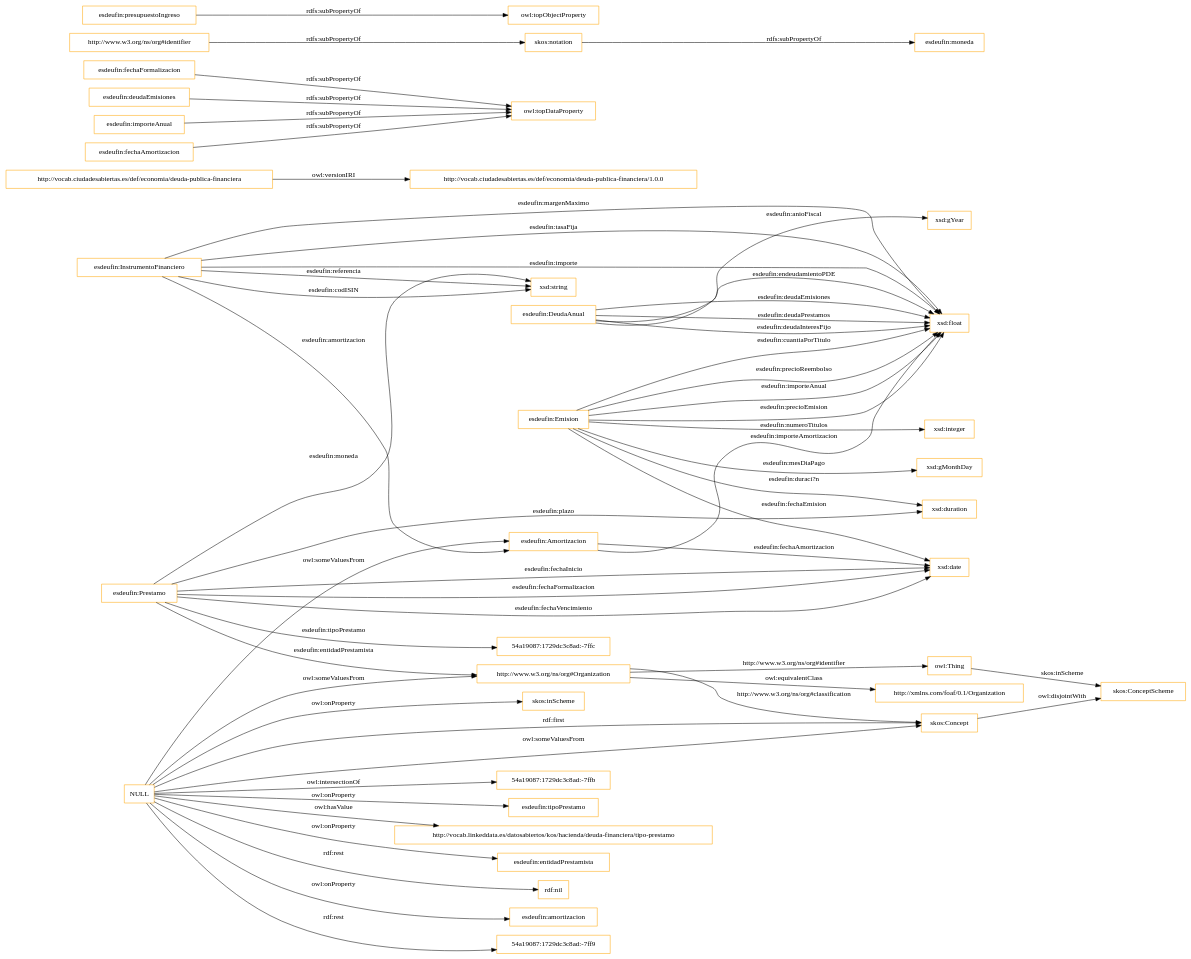
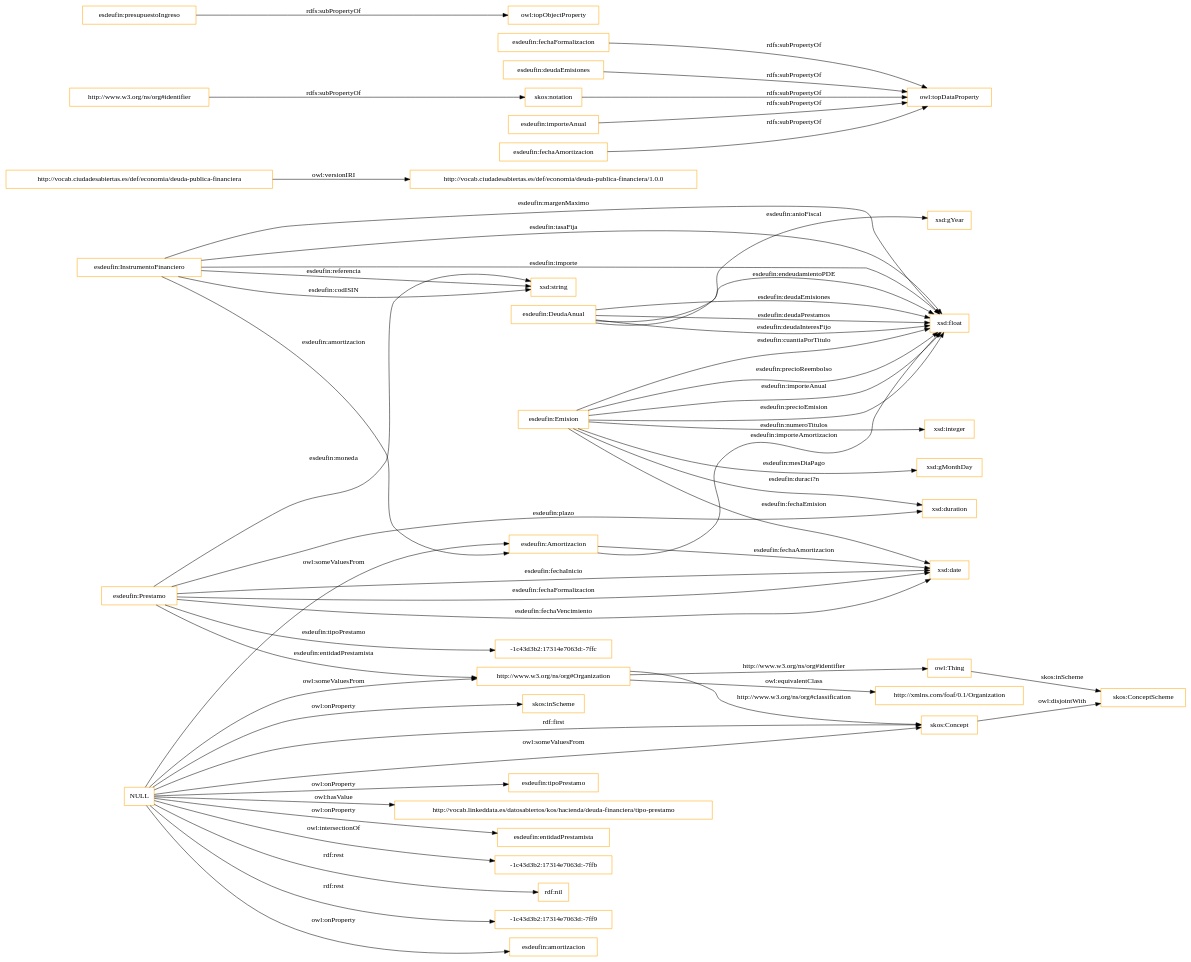
One commit to leticiarubalcabadg/vocab-economia-deuda-financiera changed the diagram in OnToology/ontology/deudaPublicaFinanciera.owl/diagrams/ar2dtool-class/deudaPublicaFinanciera.owl.png.dot. Above: the diagram before and after it, drawn with Graphviz. The commit also changed 13 other files, not shown here.

```diff
--- a/OnToology/ontology/deudaPublicaFinanciera.owl/diagrams/ar2dtool-class/deudaPublicaFinanciera.owl.png.dot
+++ b/OnToology/ontology/deudaPublicaFinanciera.owl/diagrams/ar2dtool-class/deudaPublicaFinanciera.owl.png.dot
@@ -1,59 +1,59 @@
 digraph ar2dtool_diagram { 
 rankdir=LR;
 size="1501"
-node [shape = rectangle, color="orange"]; "esdeufin:InstrumentoFinanciero" "esdeufin:DeudaAnual" "esdeufin:Emision" "esdeufin:Amortizacion" "skos:ConceptScheme" "esdeufin:Prestamo" "http://xmlns.com/foaf/0.1/Organization" "skos:Concept" "54a19087:1729dc3c8ad:-7ffc" "http://www.w3.org/ns/org#Organization" ; /*classes style*/
-	"NULL" -> "54a19087:1729dc3c8ad:-7ffb" [ label = "owl:intersectionOf" ];
+node [shape = rectangle, color="orange"]; "esdeufin:InstrumentoFinanciero" "esdeufin:DeudaAnual" "esdeufin:Emision" "esdeufin:Amortizacion" "-1c43d3b2:17314e7063d:-7ffc" "skos:ConceptScheme" "esdeufin:Prestamo" "http://xmlns.com/foaf/0.1/Organization" "skos:Concept" "http://www.w3.org/ns/org#Organization" ; /*classes style*/
 	"NULL" -> "esdeufin:tipoPrestamo" [ label = "owl:onProperty" ];
 	"NULL" -> "http://vocab.linkeddata.es/datosabiertos/kos/hacienda/deuda-financiera/tipo-prestamo" [ label = "owl:hasValue" ];
 	"NULL" -> "skos:Concept" [ label = "rdf:first" ];
 	"NULL" -> "esdeufin:entidadPrestamista" [ label = "owl:onProperty" ];
+	"NULL" -> "-1c43d3b2:17314e7063d:-7ffb" [ label = "owl:intersectionOf" ];
 	"NULL" -> "rdf:nil" [ label = "rdf:rest" ];
 	"NULL" -> "skos:Concept" [ label = "owl:someValuesFrom" ];
+	"NULL" -> "-1c43d3b2:17314e7063d:-7ff9" [ label = "rdf:rest" ];
 	"NULL" -> "http://www.w3.org/ns/org#Organization" [ label = "owl:someValuesFrom" ];
 	"NULL" -> "esdeufin:amortizacion" [ label = "owl:onProperty" ];
 	"NULL" -> "esdeufin:Amortizacion" [ label = "owl:someValuesFrom" ];
-	"NULL" -> "54a19087:1729dc3c8ad:-7ff9" [ label = "rdf:rest" ];
 	"NULL" -> "skos:inScheme" [ label = "owl:onProperty" ];
 	"http://vocab.ciudadesabiertas.es/def/economia/deuda-publica-financiera" -> "http://vocab.ciudadesabiertas.es/def/economia/deuda-publica-financiera/1.0.0" [ label = "owl:versionIRI" ];
 	"skos:Concept" -> "skos:ConceptScheme" [ label = "owl:disjointWith" ];
 	"esdeufin:fechaFormalizacion" -> "owl:topDataProperty" [ label = "rdfs:subPropertyOf" ];
 	"esdeufin:deudaEmisiones" -> "owl:topDataProperty" [ label = "rdfs:subPropertyOf" ];
 	"http://www.w3.org/ns/org#Organization" -> "http://xmlns.com/foaf/0.1/Organization" [ label = "owl:equivalentClass" ];
-	"skos:notation" -> "esdeufin:moneda" [ label = "rdfs:subPropertyOf" ];
+	"skos:notation" -> "owl:topDataProperty" [ label = "rdfs:subPropertyOf" ];
 	"esdeufin:importeAnual" -> "owl:topDataProperty" [ label = "rdfs:subPropertyOf" ];
 	"esdeufin:presupuestoIngreso" -> "owl:topObjectProperty" [ label = "rdfs:subPropertyOf" ];
 	"http://www.w3.org/ns/org#identifier" -> "skos:notation" [ label = "rdfs:subPropertyOf" ];
 	"esdeufin:fechaAmortizacion" -> "owl:topDataProperty" [ label = "rdfs:subPropertyOf" ];
 	"esdeufin:Emision" -> "xsd:integer" [ label = "esdeufin:numeroTitulos" ];
 	"esdeufin:DeudaAnual" -> "xsd:float" [ label = "esdeufin:endeudamientoPDE" ];
 	"esdeufin:Emision" -> "xsd:gMonthDay" [ label = "esdeufin:mesDiaPago" ];
 	"esdeufin:InstrumentoFinanciero" -> "xsd:float" [ label = "esdeufin:margenMaximo" ];
 	"esdeufin:InstrumentoFinanciero" -> "xsd:string" [ label = "esdeufin:codISIN" ];
 	"esdeufin:Prestamo" -> "xsd:date" [ label = "esdeufin:fechaVencimiento" ];
 	"esdeufin:InstrumentoFinanciero" -> "xsd:float" [ label = "esdeufin:tasaFija" ];
 	"owl:Thing" -> "skos:ConceptScheme" [ label = "skos:inScheme" ];
 	"esdeufin:InstrumentoFinanciero" -> "xsd:string" [ label = "esdeufin:referencia" ];
 	"esdeufin:InstrumentoFinanciero" -> "esdeufin:Amortizacion" [ label = "esdeufin:amortizacion" ];
 	"esdeufin:Emision" -> "xsd:float" [ label = "esdeufin:importeAnual" ];
 	"http://www.w3.org/ns/org#Organization" -> "owl:Thing" [ label = "http://www.w3.org/ns/org#identifier" ];
 	"esdeufin:Prestamo" -> "xsd:string" [ label = "esdeufin:moneda" ];
 	"http://www.w3.org/ns/org#Organization" -> "skos:Concept" [ label = "http://www.w3.org/ns/org#classification" ];
 	"esdeufin:Emision" -> "xsd:float" [ label = "esdeufin:precioEmision" ];
 	"esdeufin:Emision" -> "xsd:duration" [ label = "esdeufin:duraci?n" ];
 	"esdeufin:DeudaAnual" -> "xsd:float" [ label = "esdeufin:deudaEmisiones" ];
 	"esdeufin:Emision" -> "xsd:float" [ label = "esdeufin:cuantiaPorTitulo" ];
 	"esdeufin:DeudaAnual" -> "xsd:float" [ label = "esdeufin:deudaPrestamos" ];
 	"esdeufin:Emision" -> "xsd:date" [ label = "esdeufin:fechaEmision" ];
 	"esdeufin:DeudaAnual" -> "xsd:float" [ label = "esdeufin:deudaInteresFijo" ];
 	"esdeufin:Amortizacion" -> "xsd:date" [ label = "esdeufin:fechaAmortizacion" ];
 	"esdeufin:Amortizacion" -> "xsd:float" [ label = "esdeufin:importeAmortizacion" ];
 	"esdeufin:Prestamo" -> "xsd:duration" [ label = "esdeufin:plazo" ];
-	"esdeufin:Prestamo" -> "54a19087:1729dc3c8ad:-7ffc" [ label = "esdeufin:tipoPrestamo" ];
+	"esdeufin:Prestamo" -> "-1c43d3b2:17314e7063d:-7ffc" [ label = "esdeufin:tipoPrestamo" ];
 	"esdeufin:Prestamo" -> "xsd:date" [ label = "esdeufin:fechaInicio" ];
 	"esdeufin:DeudaAnual" -> "xsd:gYear" [ label = "esdeufin:anioFiscal" ];
 	"esdeufin:InstrumentoFinanciero" -> "xsd:float" [ label = "esdeufin:importe" ];
 	"esdeufin:Prestamo" -> "xsd:date" [ label = "esdeufin:fechaFormalizacion" ];
 	"esdeufin:Emision" -> "xsd:float" [ label = "esdeufin:precioReembolso" ];
 	"esdeufin:Prestamo" -> "http://www.w3.org/ns/org#Organization" [ label = "esdeufin:entidadPrestamista" ];
 
 }
```
